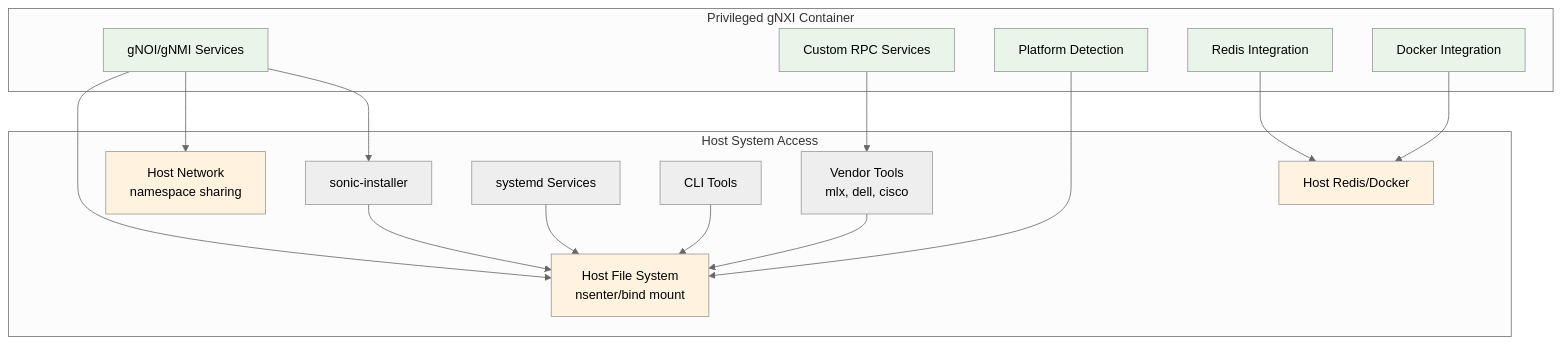
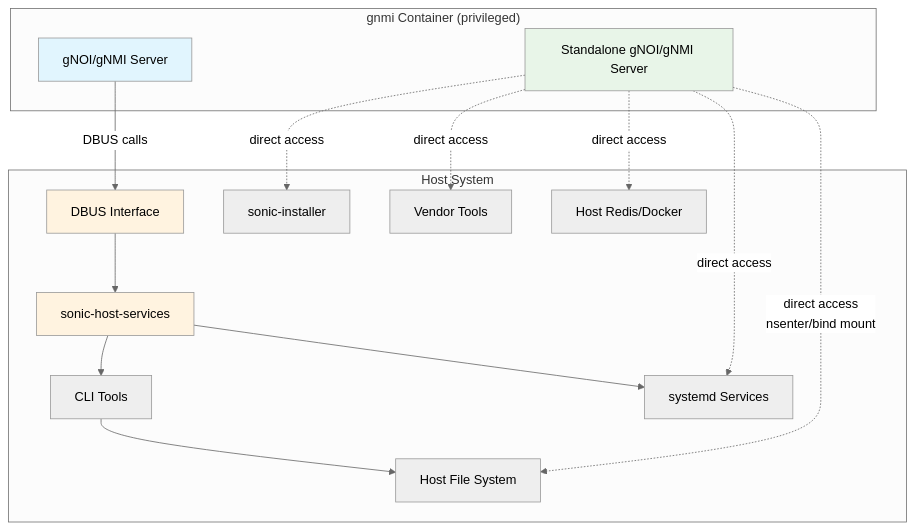
Before and after one commit to sonic-net/SONiC: the fourth of 7 diagrams in doc/gnoi-gnmi-standalone-upgrade/standalone-gnoi-gnmi-os-upgrade-hld.md, drawn with Mermaid (neutral theme). The commit also changed other lines of this file, not shown here.

Commit message:
Fix component diagrams to show additive architecture approach
Update component diagrams to accurately reflect the proposal:
- Both diagrams use 'gnmi Container' label consistently
- Proposed architecture shows BOTH existing and new servers coexisting
- Existing gNOI/gNMI Server continues using DBUS (solid arrows)
- New Standalone gNOI/gNMI Server uses direct access (dotted arrows)
- Container becomes privileged via 'docker run --privileged' flags

This clarifies that we're adding capabilities, not replacing the
entire architecture. The change is incremental, not revolutionary.

````diff
--- a/doc/gnoi-gnmi-standalone-upgrade/standalone-gnoi-gnmi-os-upgrade-hld.md
+++ b/doc/gnoi-gnmi-standalone-upgrade/standalone-gnoi-gnmi-os-upgrade-hld.md
@@ -215,41 +215,35 @@
 ```mermaid
 graph TB
-    subgraph "Privileged gNXI Container"
-        A[gNOI/gNMI Services]
-        B[Custom RPC Services]
-        C[Platform Detection]
-        D[Redis Integration]
-        E[Docker Integration]
+    subgraph "gnmi Container (privileged)"
+        A[gNOI/gNMI Server]
+        B[Standalone gNOI/gNMI Server]
     end
     
-    subgraph "Host System Access"
-        F[Host File System<br/>nsenter/bind mount]
-        G[Host Network<br/>namespace sharing]
+    subgraph "Host System"
+        C[sonic-host-services]
+        D[DBUS Interface]
+        E[CLI Tools]
+        F[systemd Services]
+        G[Host File System]
         H[sonic-installer]
-        I[Vendor Tools<br/>mlx, dell, cisco]
-        J[systemd Services]
-        K[CLI Tools]
-        L[Host Redis/Docker]
+        I[Vendor Tools]
+        J[Host Redis/Docker]
     end
     
-    A --> F
-    A --> G
-    A --> H
-    B --> I
+    A -->|DBUS calls| D
+    D --> C
+    C --> E
     C --> F
-    D --> L
-    E --> L
-    H --> F
-    I --> F
-    J --> F
-    K --> F
+    E --> G
     
-    style A fill:#e8f5e8
+    B -.->|direct access<br/>nsenter/bind mount| G
+    B -.->|direct access| H
+    B -.->|direct access| I
+    B -.->|direct access| J
+    B -.->|direct access| F
+    
+    style A fill:#e1f5fe
     style B fill:#e8f5e8
-    style C fill:#e8f5e8
-    style D fill:#e8f5e8
-    style E fill:#e8f5e8
-    style F fill:#fff3e0
-    style G fill:#fff3e0
-    style L fill:#fff3e0
+    style C fill:#fff3e0
+    style D fill:#fff3e0
 ```
````
